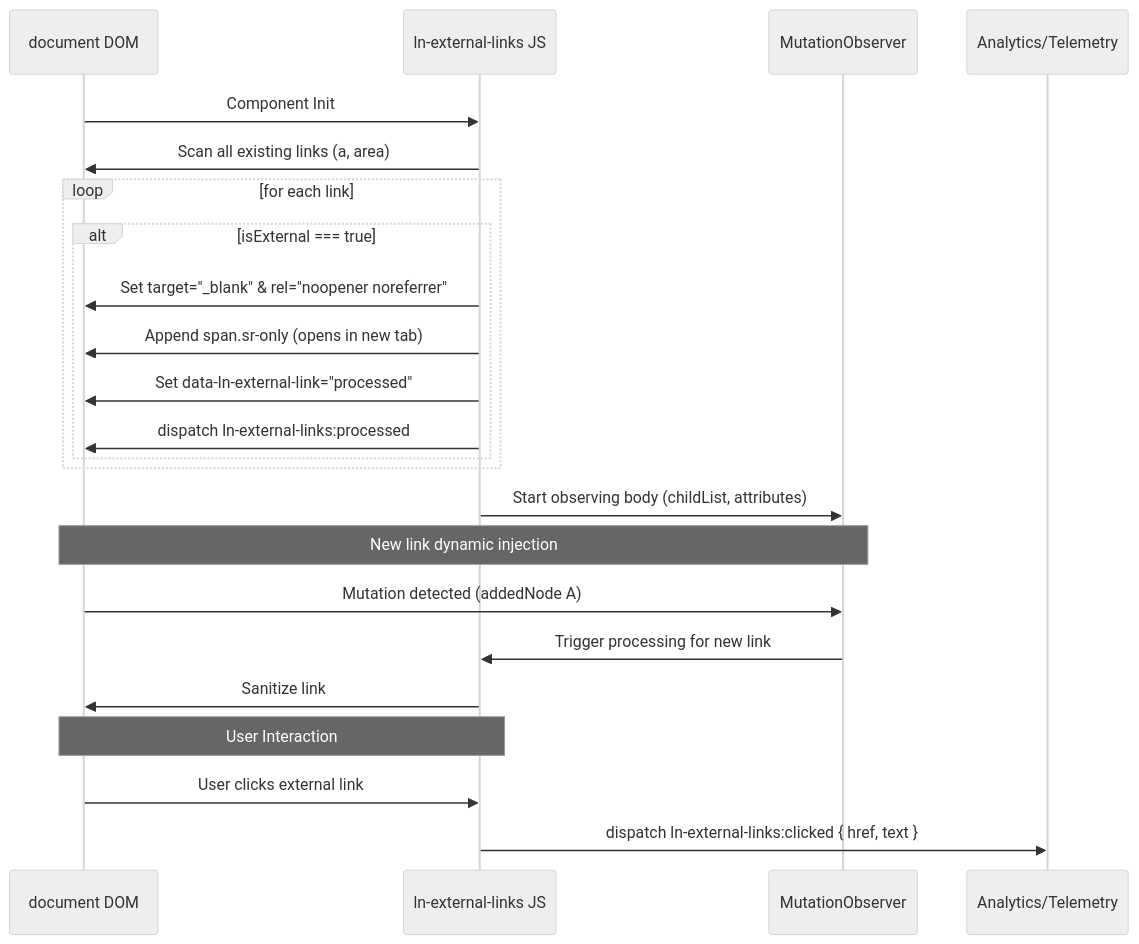
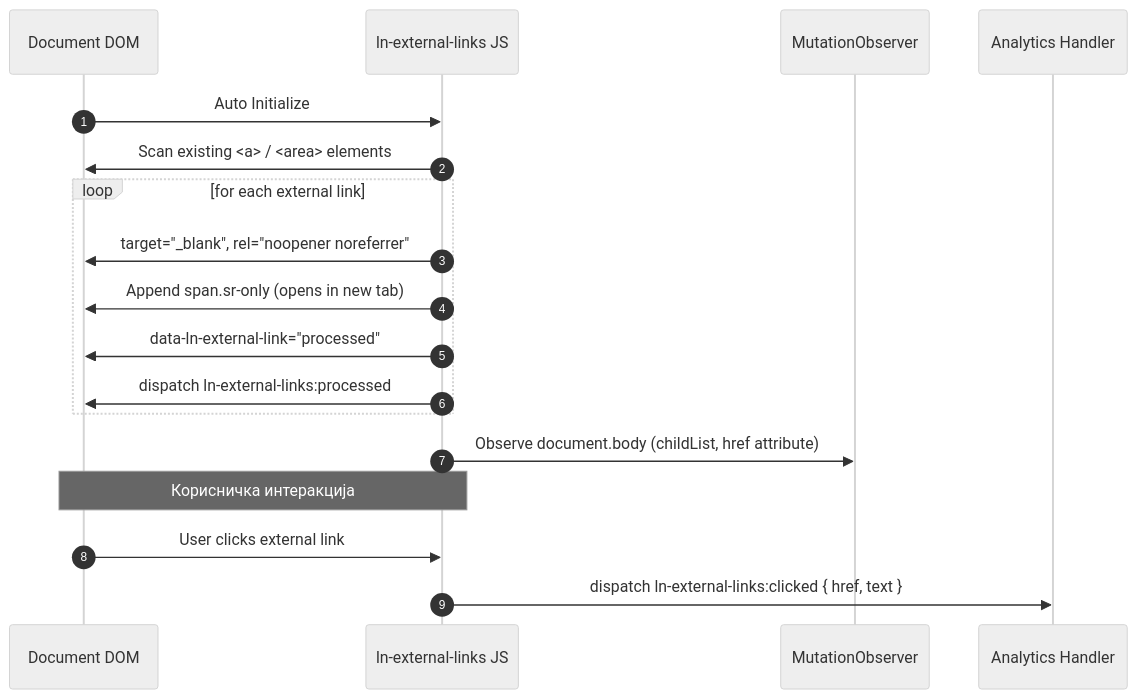
One commit to livenetworks/ln-ashlar changed the diagram in architecture_docs_draft/components/ln-external-links.md. Above: the diagram before and after it, drawn with Mermaid (neutral theme). The commit also changed other lines of this file and 15 other files, not shown here.

Commit message:
docs(docs-mcp): 3A contract pass — nav, router, external-links, search, tabs, toast, progress; tracker + todo sync

````diff
--- a/architecture_docs_draft/components/ln-external-links.md
+++ b/architecture_docs_draft/components/ln-external-links.md
@@ -96,30 +104,24 @@
 ```mermaid
 sequenceDiagram
-    participant DOM as document DOM
-    participant ExtLinks as ln-external-links JS
-    participant Observer as MutationObserver
-    participant Analytics as Analytics/Telemetry
+    autonumber
+    participant DOM as Document DOM
+    participant JS as ln-external-links JS
+    participant Obs as MutationObserver
+    participant Analytics as Analytics Handler
 
-    DOM->>ExtLinks: Component Init
-    ExtLinks->>DOM: Scan all existing links (a, area)
+    DOM->>JS: Auto Initialize
+    JS->>DOM: Scan existing <a> / <area> elements
     
-    loop for each link
-        alt isExternal === true
-            ExtLinks->>DOM: Set target="_blank" & rel="noopener noreferrer"
-            ExtLinks->>DOM: Append span.sr-only (opens in new tab)
-            ExtLinks->>DOM: Set data-ln-external-link="processed"
-            ExtLinks->>DOM: dispatch ln-external-links:processed
-        end
+    loop for each external link
+        JS->>DOM: target="_blank", rel="noopener noreferrer"
+        JS->>DOM: Append span.sr-only (opens in new tab)
+        JS->>DOM: data-ln-external-link="processed"
+        JS->>DOM: dispatch ln-external-links:processed
     end
 
-    ExtLinks->>Observer: Start observing body (childList, attributes)
-    
-    Note over DOM, Observer: New link dynamic injection
-    DOM->>Observer: Mutation detected (addedNode A)
-    Observer->>ExtLinks: Trigger processing for new link
-    ExtLinks->>DOM: Sanitize link
+    JS->>Obs: Observe document.body (childList, href attribute)
 
-    Note over DOM, ExtLinks: User Interaction
-    DOM->>ExtLinks: User clicks external link
-    ExtLinks->>Analytics: dispatch ln-external-links:clicked { href, text }
+    Note over DOM, JS: Корисничка интеракција
+    DOM->>JS: User clicks external link
+    JS->>Analytics: dispatch ln-external-links:clicked { href, text }
 ```
````
